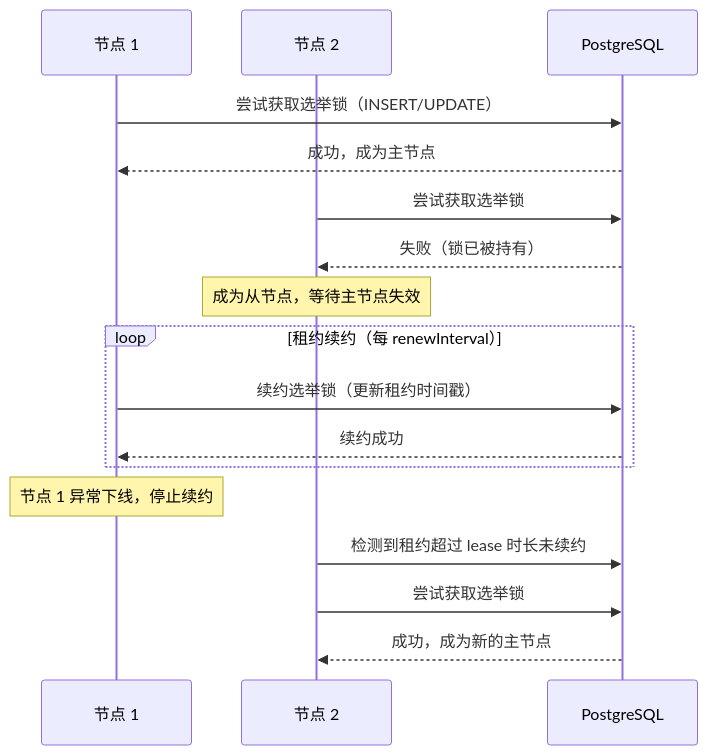
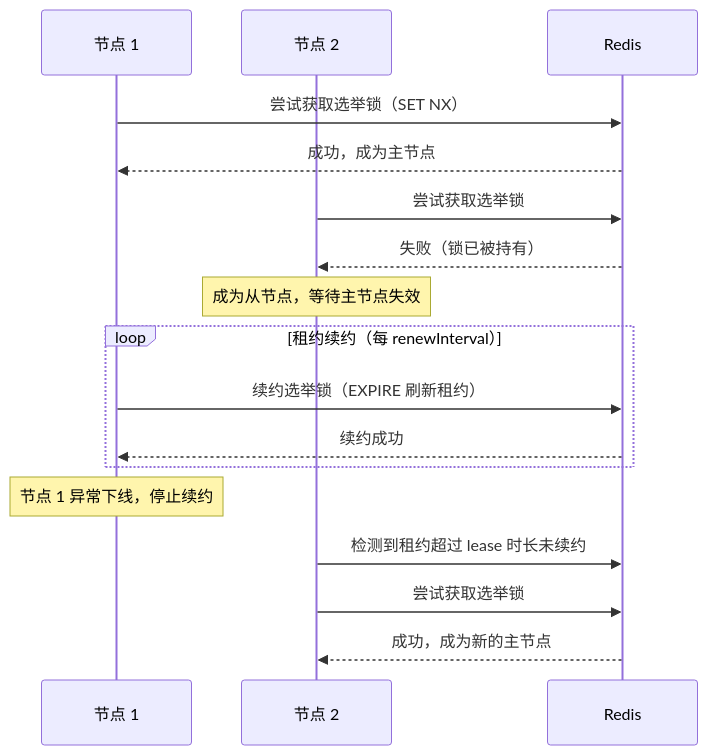
One commit to linaproai/linapro-site changed the first of 2 diagrams in apps/lina-site/docs/docs/2000-architecture/6000-distributed-architecture.md. Above: the diagram before and after it, drawn with Mermaid. The commit also changed other lines of this file and 8 other files, not shown here.

````diff
--- a/apps/lina-site/docs/docs/2000-architecture/6000-distributed-architecture.md
+++ b/apps/lina-site/docs/docs/2000-architecture/6000-distributed-architecture.md
@@ -86,23 +99,23 @@
 ```mermaid
 sequenceDiagram
     participant N1 as 节点 1
     participant N2 as 节点 2
-    participant DB as PostgreSQL
+    participant R as Redis
 
-    N1->>DB: 尝试获取选举锁（INSERT/UPDATE）
-    DB-->>N1: 成功，成为主节点
-    N2->>DB: 尝试获取选举锁
-    DB-->>N2: 失败（锁已被持有）
+    N1->>R: 尝试获取选举锁（SET NX）
+    R-->>N1: 成功，成为主节点
+    N2->>R: 尝试获取选举锁
+    R-->>N2: 失败（锁已被持有）
     Note over N2: 成为从节点，等待主节点失效
 
     loop 租约续约（每 renewInterval）
-        N1->>DB: 续约选举锁（更新租约时间戳）
-        DB-->>N1: 续约成功
+        N1->>R: 续约选举锁（EXPIRE 刷新租约）
+        R-->>N1: 续约成功
     end
 
     Note over N1: 节点 1 异常下线，停止续约
 
-    N2->>DB: 检测到租约超过 lease 时长未续约
-    N2->>DB: 尝试获取选举锁
-    DB-->>N2: 成功，成为新的主节点
+    N2->>R: 检测到租约超过 lease 时长未续约
+    N2->>R: 尝试获取选举锁
+    R-->>N2: 成功，成为新的主节点
 ```
````
